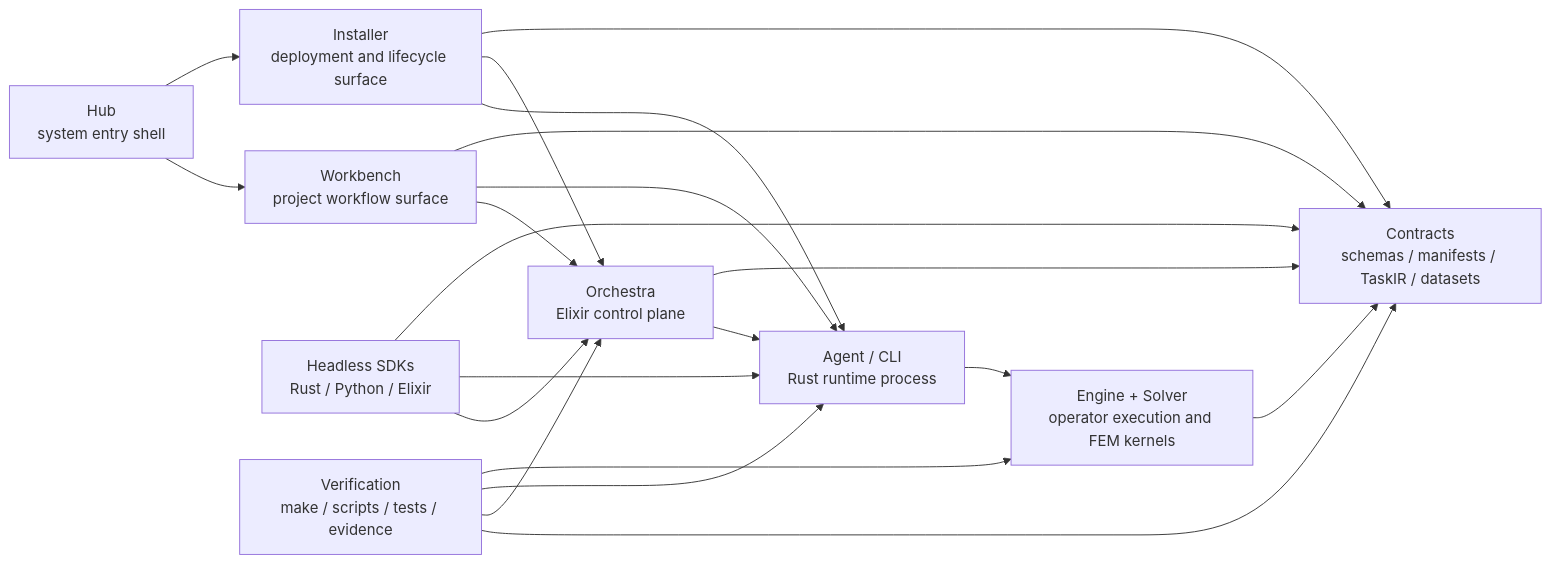
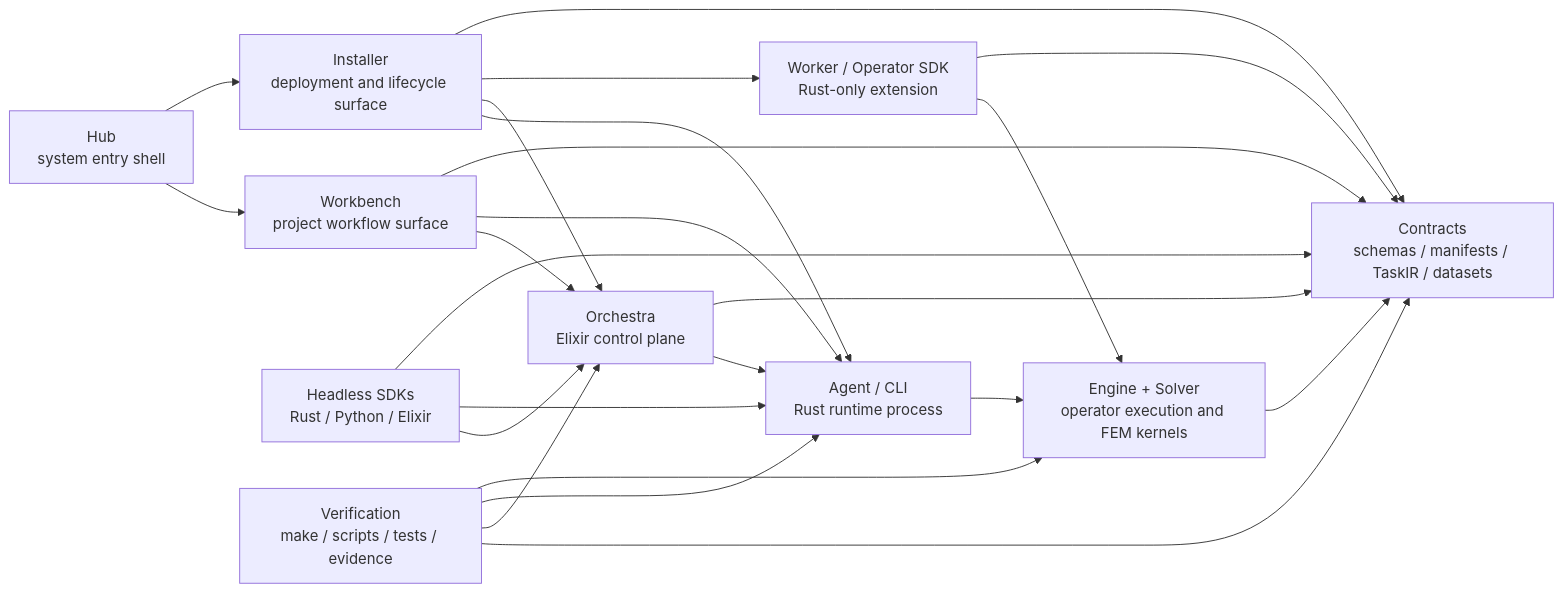
The diagram in docs/current-architecture-map.md (Team-silvortex/kyuubiki), drawn with Mermaid before and after one commit. The commit also changed other lines of this file and 53 other files, not shown here.

````diff
--- a/docs/current-architecture-map.md
+++ b/docs/current-architecture-map.md
@@ -12,32 +12,36 @@
 ```mermaid
 flowchart LR
   Hub["Hub\nsystem entry shell"]
   Workbench["Workbench\nproject workflow surface"]
   Installer["Installer\ndeployment and lifecycle surface"]
   SDK["Headless SDKs\nRust / Python / Elixir"]
+  OperatorSDK["Worker / Operator SDK\nRust-only extension"]
   Control["Orchestra\nElixir control plane"]
   Agent["Agent / CLI\nRust runtime process"]
   Engine["Engine + Solver\noperator execution and FEM kernels"]
   Contracts["Contracts\nschemas / manifests / TaskIR / datasets"]
   Verify["Verification\nmake / scripts / tests / evidence"]
 
   Hub --> Workbench
   Hub --> Installer
   Workbench --> Control
   Workbench --> Agent
   SDK --> Control
   SDK --> Agent
+  OperatorSDK --> Engine
   Installer --> Agent
   Installer --> Control
+  Installer --> OperatorSDK
   Control --> Agent
   Agent --> Engine
   Engine --> Contracts
   Control --> Contracts
   SDK --> Contracts
+  OperatorSDK --> Contracts
   Workbench --> Contracts
   Installer --> Contracts
   Verify --> Contracts
   Verify --> Control
   Verify --> Agent
   Verify --> Engine
 ```
````
